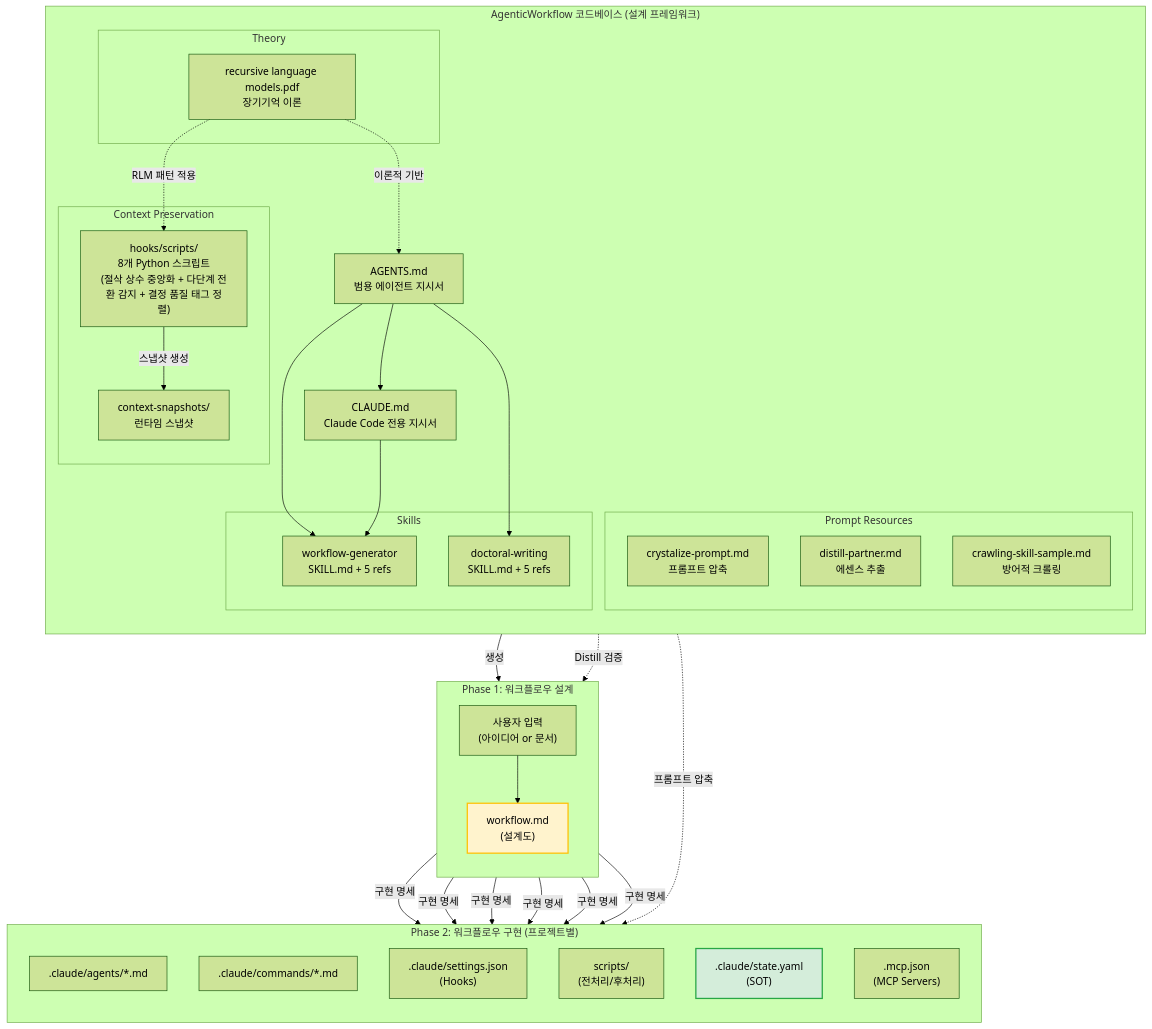
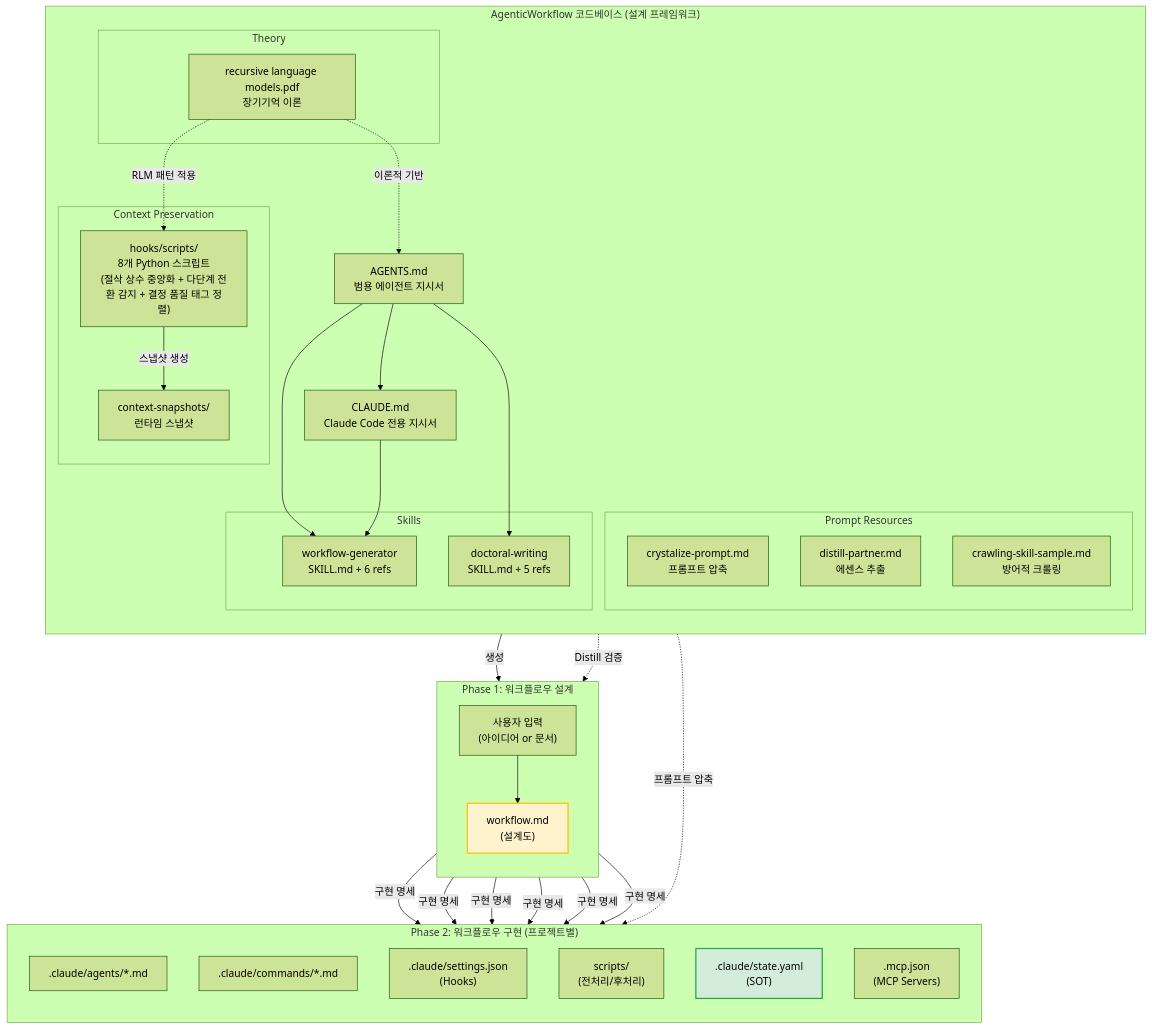
One commit to oogisoogi/AgenticWorkflow changed the second of 13 diagrams in AGENTICWORKFLOW-ARCHITECTURE-AND-PHILOSOPHY.md. Above: the diagram before and after it, drawn with Mermaid (forest theme). The commit also changed other lines of this file and 2 other files, not shown here.

First line of the commit message:
docs: 전수조사 후 문서 동기화 — workflow-generator 참조 파일 3개 누락 보완 + README 스크립트 수 명확화

````diff
--- a/AGENTICWORKFLOW-ARCHITECTURE-AND-PHILOSOPHY.md
+++ b/AGENTICWORKFLOW-ARCHITECTURE-AND-PHILOSOPHY.md
@@ -190,66 +190,66 @@
 ```mermaid
 graph TB
     subgraph "AgenticWorkflow 코드베이스 (설계 프레임워크)"
         direction TB
         CLAUDE["CLAUDE.md<br/>Claude Code 전용 지시서"]
         AGENTS["AGENTS.md<br/>범용 에이전트 지시서"]
 
         subgraph "Skills"
-            WG["workflow-generator<br/>SKILL.md + 5 refs"]
+            WG["workflow-generator<br/>SKILL.md + 6 refs"]
             DW["doctoral-writing<br/>SKILL.md + 5 refs"]
         end
 
         subgraph "Context Preservation"
             CPS["hooks/scripts/<br/>8개 Python 스크립트<br/>(절삭 상수 중앙화 + 다단계 전환 감지 + 결정 품질 태그 정렬)"]
             CSS["context-snapshots/<br/>런타임 스냅샷"]
         end
 
         subgraph "Prompt Resources"
             CP["crystalize-prompt.md<br/>프롬프트 압축"]
             DP["distill-partner.md<br/>에센스 추출"]
             CS["crawling-skill-sample.md<br/>방어적 크롤링"]
         end
 
         subgraph "Theory"
             RLM["recursive language models.pdf<br/>장기기억 이론"]
         end
 
         AGENTS --> CLAUDE
         AGENTS --> WG
         AGENTS --> DW
         CLAUDE --> WG
         RLM -.->|"이론적 기반"| AGENTS
         RLM -.->|"RLM 패턴 적용"| CPS
         CPS -->|"스냅샷 생성"| CSS
     end
 
     subgraph "Phase 1: 워크플로우 설계"
         direction TB
         USER_INPUT["사용자 입력<br/>(아이디어 or 문서)"]
         WF["workflow.md<br/>(설계도)"]
         USER_INPUT --> WF
     end
 
     subgraph "Phase 2: 워크플로우 구현 (프로젝트별)"
         direction TB
         AG[".claude/agents/*.md"]
         CMD[".claude/commands/*.md"]
         HK[".claude/settings.json<br/>(Hooks)"]
         SC["scripts/<br/>(전처리/후처리)"]
         SOT[".claude/state.yaml<br/>(SOT)"]
         MCP[".mcp.json<br/>(MCP Servers)"]
     end
 
     WG -->|"생성"| WF
     DP -.->|"Distill 검증"| WF
     CP -.->|"프롬프트 압축"| AG
     WF -->|"구현 명세"| AG
     WF -->|"구현 명세"| CMD
     WF -->|"구현 명세"| HK
     WF -->|"구현 명세"| SC
     WF -->|"구현 명세"| SOT
     WF -->|"구현 명세"| MCP
 
     style WF fill:#fff3cd,stroke:#ffc107,stroke-width:2px
     style SOT fill:#d4edda,stroke:#28a745,stroke-width:2px
 ```
````
